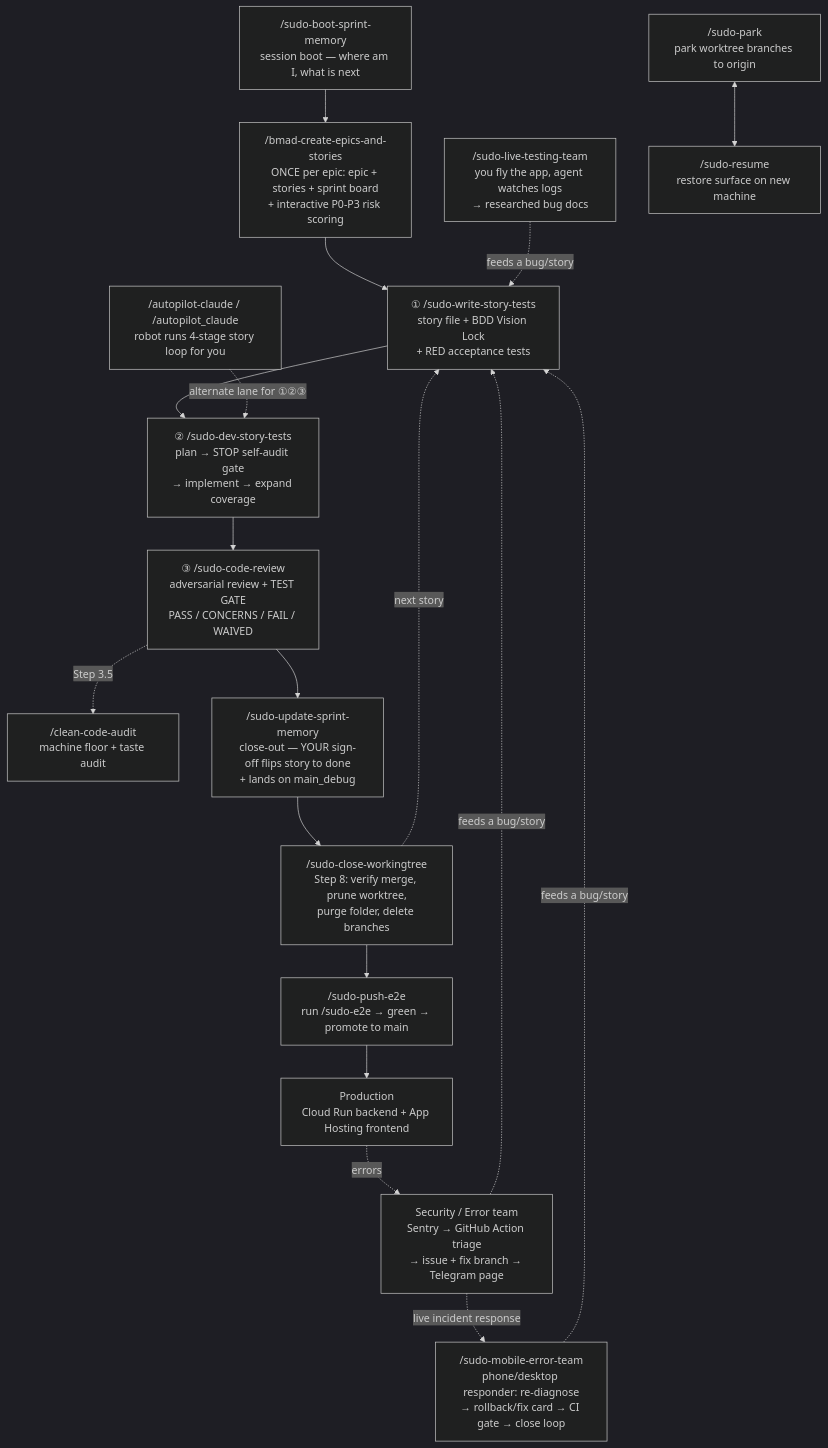
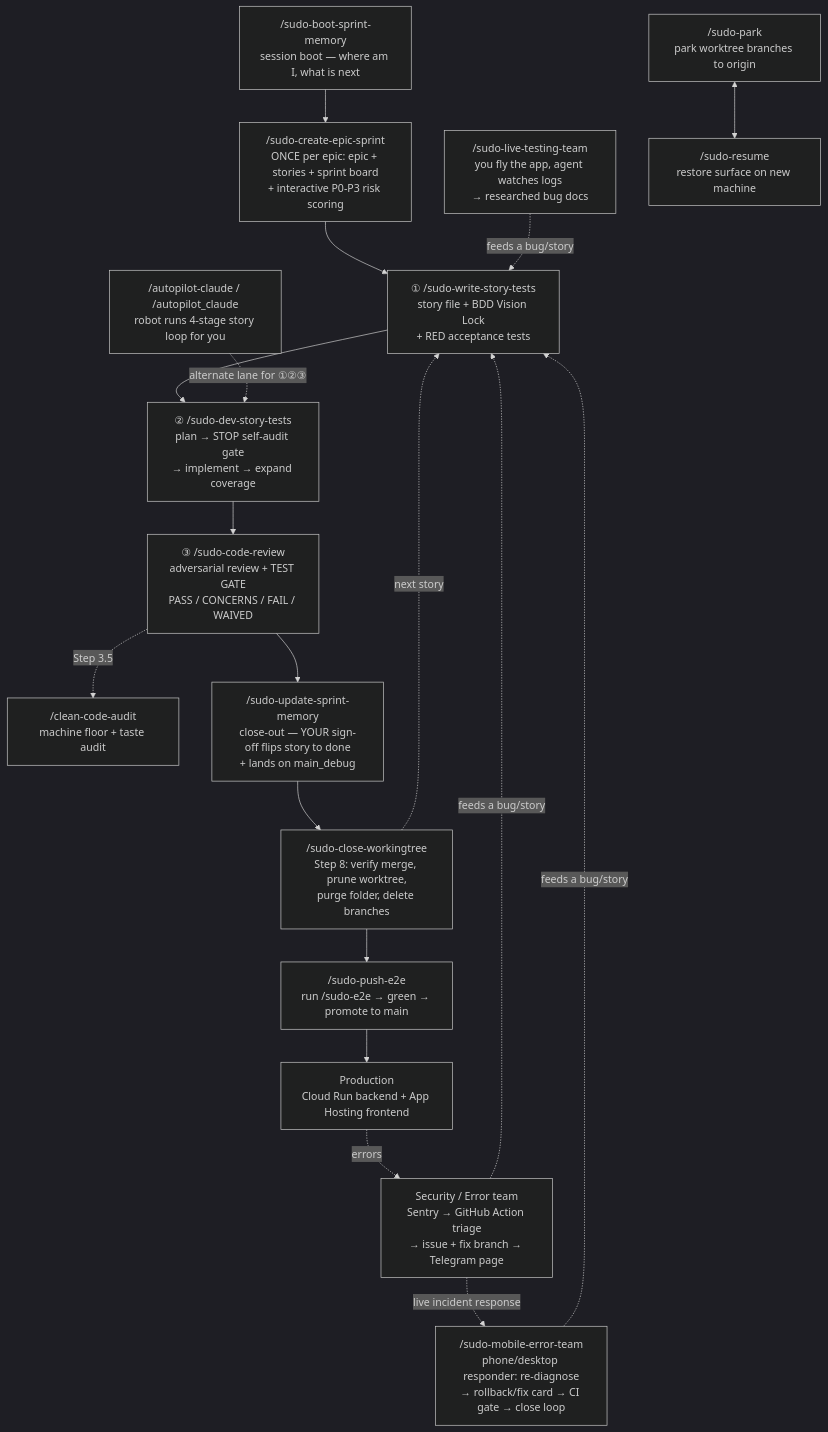
The first of 2 diagrams in _my_resources/_quick_reference/sudo_workflows_testing.md (sudomadhatter/Sudo_Hatter_Command), drawn with Mermaid (dark theme) before and after one commit. The commit also changed other lines of this file and 28 other files, not shown here.

````diff
--- a/_my_resources/_quick_reference/sudo_workflows_testing.md
+++ b/_my_resources/_quick_reference/sudo_workflows_testing.md
@@ -13,20 +13,20 @@
 ```mermaid
 flowchart TD
-    BOOT["/sudo-boot-sprint-memory\nsession boot — where am I, what is next"] --> KICK["/bmad-create-epics-and-stories\nONCE per epic: epic + stories + sprint board\n+ interactive P0-P3 risk scoring"]
+    BOOT["/sudo-boot-sprint-memory\nsession boot — where am I, what is next"] --> KICK["/sudo-create-epic-sprint\nONCE per epic: epic + stories + sprint board\n+ interactive P0-P3 risk scoring"]
     KICK --> ONE["① /sudo-write-story-tests\nstory file + BDD Vision Lock\n+ RED acceptance tests"]
     ONE --> TWO["② /sudo-dev-story-tests\nplan → STOP self-audit gate\n→ implement → expand coverage"]
     TWO --> THREE["③ /sudo-code-review\nadversarial review + TEST GATE\nPASS / CONCERNS / FAIL / WAIVED"]
     THREE -.->|"Step 3.5"| CLEAN["/clean-code-audit\nmachine floor + taste audit"]
     THREE --> CLOSE["/sudo-update-sprint-memory\nclose-out — YOUR sign-off flips story to done\n+ lands on main_debug"]
     CLOSE --> CLOSEWT["/sudo-close-workingtree\nStep 8: verify merge, prune worktree,\npurge folder, delete branches"]
     CLOSEWT -.->|"next story"| ONE
     CLOSEWT --> SHIP["/sudo-push-e2e\nrun /sudo-e2e → green → promote to main"]
     SHIP --> PROD["Production\nCloud Run backend + App Hosting frontend"]
     PROD -.->|"errors"| SEC["Security / Error team\nSentry → GitHub Action triage\n→ issue + fix branch → Telegram page"]
     SEC -.->|"live incident response"| MOBERR["/sudo-mobile-error-team\nphone/desktop responder: re-diagnose\n→ rollback/fix card → CI gate → close loop"]
     MOBERR -.->|"feeds a bug/story"| ONE
     SEC -.->|"feeds a bug/story"| ONE
     LIVE["/sudo-live-testing-team\nyou fly the app, agent watches logs\n→ researched bug docs"] -.->|"feeds a bug/story"| ONE
     AP["/autopilot-claude / /autopilot_claude\nrobot runs 4-stage story loop for you"] -.->|"alternate lane for ①②③"| TWO
     PARK["/sudo-park\npark worktree branches to origin"] <--> RESUME["/sudo-resume\nrestore surface on new machine"]
 ```
````
